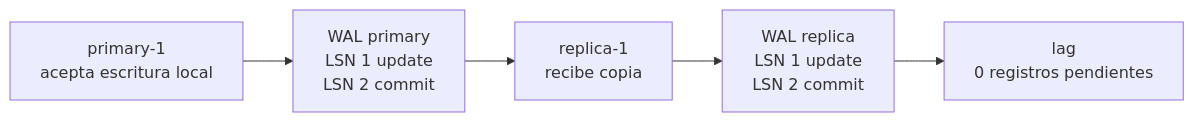
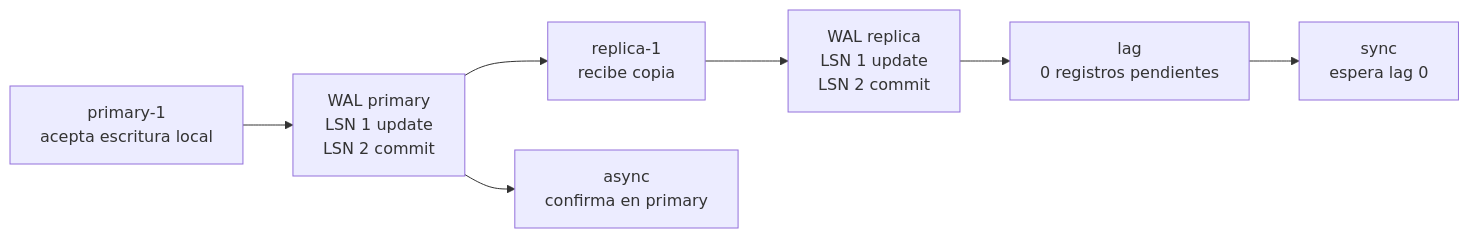
One commit to jeresoftx/rust-database-internals changed the diagram in docs/09-replicacion.md. Above: the diagram before and after it, drawn with Mermaid. The commit also changed other lines of this file and 6 other files, not shown here.

````diff
--- a/docs/09-replicacion.md
+++ b/docs/09-replicacion.md
@@ -83,13 +94,17 @@
 ```mermaid
 flowchart LR
     P["primary-1<br/>acepta escritura local"]
     W["WAL primary<br/>LSN 1 update<br/>LSN 2 commit"]
     R["replica-1<br/>recibe copia"]
     RW["WAL replica<br/>LSN 1 update<br/>LSN 2 commit"]
     L["lag<br/>0 registros pendientes"]
+    A["async<br/>confirma en primary"]
+    S["sync<br/>espera lag 0"]
 
     P --> W
     W --> R
     R --> RW
     RW --> L
+    W --> A
+    L --> S
 ```
````
